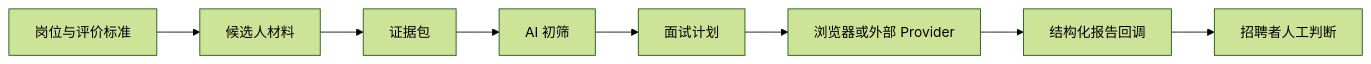
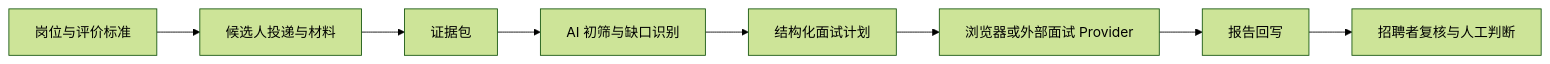
One commit to JingjieXiong/recruit-ai-platform changed the first of 2 diagrams in README.md. Above: the diagram before and after it, drawn with Mermaid (forest theme). The commit also changed other lines of this file and 3 other files, not shown here.

````diff
--- a/README.md
+++ b/README.md
@@ -21,10 +73,10 @@
 ```mermaid
 flowchart LR
-    A["岗位与评价标准"] --> B["候选人材料"]
+    A["岗位与评价标准"] --> B["候选人投递与材料"]
     B --> C["证据包"]
-    C --> D["AI 初筛"]
-    D --> E["面试计划"]
-    E --> F["浏览器或外部 Provider"]
-    F --> G["结构化报告回调"]
-    G --> H["招聘者人工判断"]
+    C --> D["AI 初筛与缺口识别"]
+    D --> E["结构化面试计划"]
+    E --> F["浏览器或外部面试 Provider"]
+    F --> G["报告回写"]
+    G --> H["招聘者复核与人工判断"]
 ```
````
